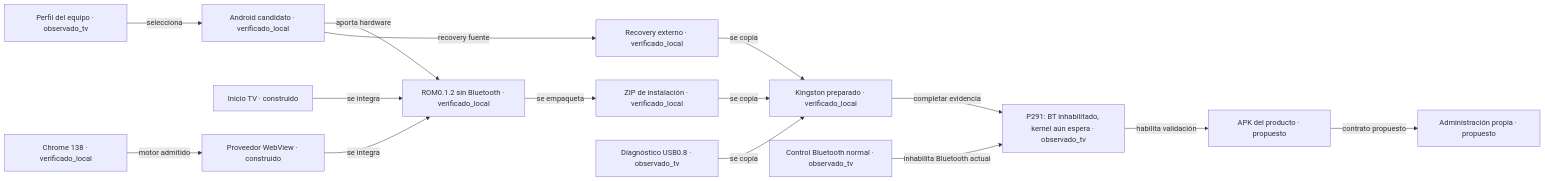
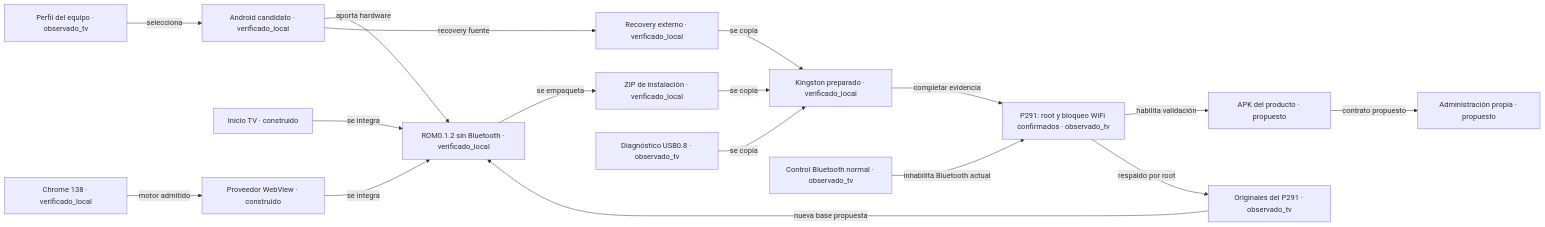
The diagram in docs/MAPA-ARCHIVOS.md (tablerosapp-ctrl/mxqpro4k), drawn with Mermaid before and after one commit. The commit also changed other lines of this file and 27 other files, not shown here.

Commit message:
Confirma root, respalda P291 y localiza bloqueo WiFi

````diff
--- a/docs/MAPA-ARCHIVOS.md
+++ b/docs/MAPA-ARCHIVOS.md
@@ -7,31 +7,34 @@
 ```mermaid
 flowchart LR
     C_PERFIL["Perfil del equipo · observado_tv"]
     C_BASE["Android candidato · verificado_local"]
     C_CHROME["Chrome 138 · verificado_local"]
     C_INICIO["Inicio TV · construido"]
     C_ROM["ROM0.1.2 sin Bluetooth · verificado_local"]
     C_WEB["Proveedor WebView · construido"]
     C_ZIP["ZIP de instalación · verificado_local"]
     C_REC["Recovery externo · verificado_local"]
     C_ENTRY["Diagnóstico USB0.8 · observado_tv"]
     C_USB["Kingston preparado · verificado_local"]
-    C_TV["P291: BT inhabilitado, kernel aún espera · observado_tv"]
+    C_TV["P291: root y bloqueo WiFi confirmados · observado_tv"]
     C_APP["APK del producto · propuesto"]
     C_GESTION["Administración propia · propuesto"]
     C_BTCTRL["Control Bluetooth normal · observado_tv"]
+    C_ORIG["Originales del P291 · observado_tv"]
     C_PERFIL -->|"selecciona"| C_BASE
     C_BASE -->|"aporta hardware"| C_ROM
     C_CHROME -->|"motor admitido"| C_WEB
     C_INICIO -->|"se integra"| C_ROM
     C_WEB -->|"se integra"| C_ROM
     C_ROM -->|"se empaqueta"| C_ZIP
     C_BASE -->|"recovery fuente"| C_REC
     C_ZIP -->|"se copia"| C_USB
     C_REC -->|"se copia"| C_USB
     C_ENTRY -->|"se copia"| C_USB
     C_USB -->|"completar evidencia"| C_TV
     C_TV -->|"habilita validación"| C_APP
     C_APP -->|"contrato propuesto"| C_GESTION
     C_BTCTRL -->|"inhabilita Bluetooth actual"| C_TV
+    C_TV -->|"respaldo por root"| C_ORIG
+    C_ORIG -->|"nueva base propuesta"| C_ROM
 ```
````
